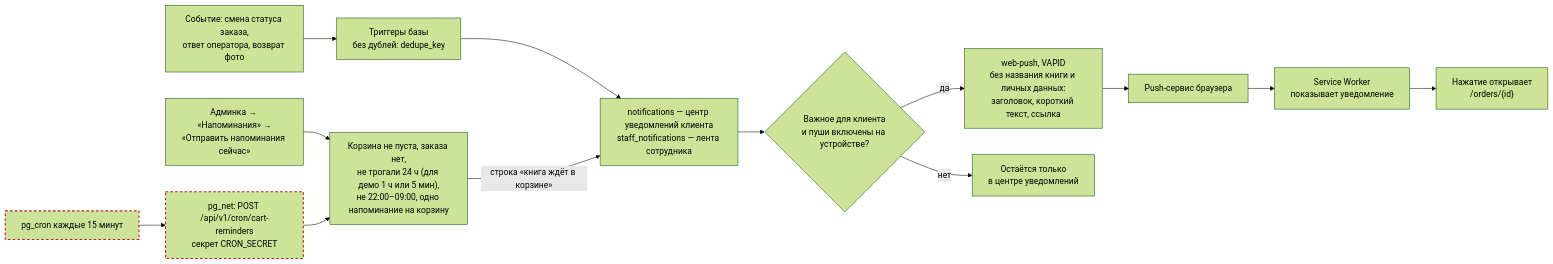
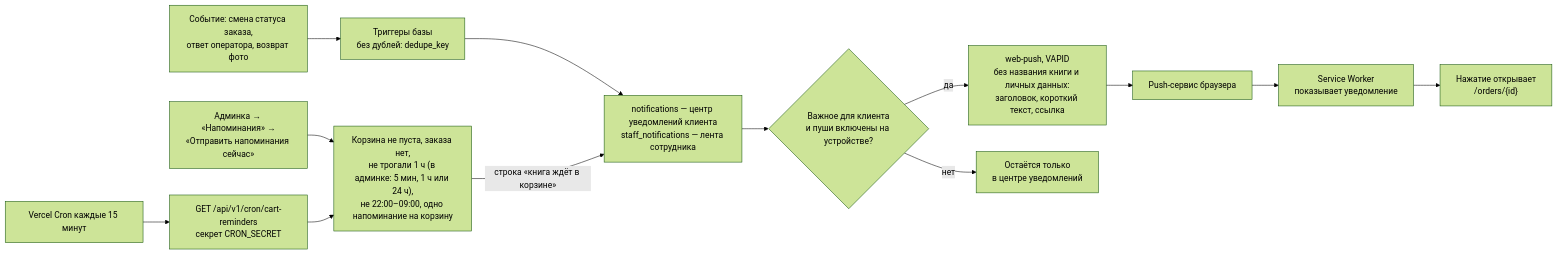
The fifth of 8 diagrams in docs/architecture.md (Vpragma/picpac-app), drawn with Mermaid (forest theme) before and after one commit. The commit also changed other lines of this file and 3 other files, not shown here.

First line of the commit message:
Документы: напоминания о забытой корзине теперь по расписанию (каждые 15 минут)

````diff
--- a/docs/architecture.md
+++ b/docs/architecture.md
@@ -200,26 +200,26 @@
 ```mermaid
 flowchart LR
   classDef planned stroke-dasharray: 5 4,stroke:#b3261e,stroke-width:2px
 
   ev["Событие: смена статуса заказа,<br/>ответ оператора, возврат фото"]
   trg["Триггеры базы<br/>без дублей: dedupe_key"]
   nti["notifications — центр уведомлений клиента<br/>staff_notifications — лента сотрудника"]
   q{"Важное для клиента<br/>и пуши включены на устройстве?"}
   wp["web-push, VAPID<br/>без названия книги и личных данных:<br/>заголовок, короткий текст, ссылка"]
   svc["Push-сервис браузера"]
   swp["Service Worker<br/>показывает уведомление"]
   dl["Нажатие открывает<br/>/orders/{id}"]
   only["Остаётся только<br/>в центре уведомлений"]
 
   ev --> trg --> nti --> q
   q -->|"да"| wp --> svc --> swp --> dl
   q -->|"нет"| only
 
   btn["Админка → «Напоминания» →<br/>«Отправить напоминания сейчас»"]
-  cr["pg_cron каждые 15 минут"]:::planned
-  nt["pg_net: POST /api/v1/cron/cart-reminders<br/>секрет CRON_SECRET"]:::planned
-  rule["Корзина не пуста, заказа нет,<br/>не трогали 24 ч (для демо 1 ч или 5 мин),<br/>не 22:00–09:00, одно напоминание на корзину"]
+  cr["Vercel Cron каждые 15 минут"]
+  nt["GET /api/v1/cron/cart-reminders<br/>секрет CRON_SECRET"]
+  rule["Корзина не пуста, заказа нет,<br/>не трогали 1 ч (в админке: 5 мин, 1 ч или 24 ч),<br/>не 22:00–09:00, одно напоминание на корзину"]
   btn --> rule
   cr --> nt --> rule
   rule -->|"строка «книга ждёт в корзине»"| nti
 ```
````
